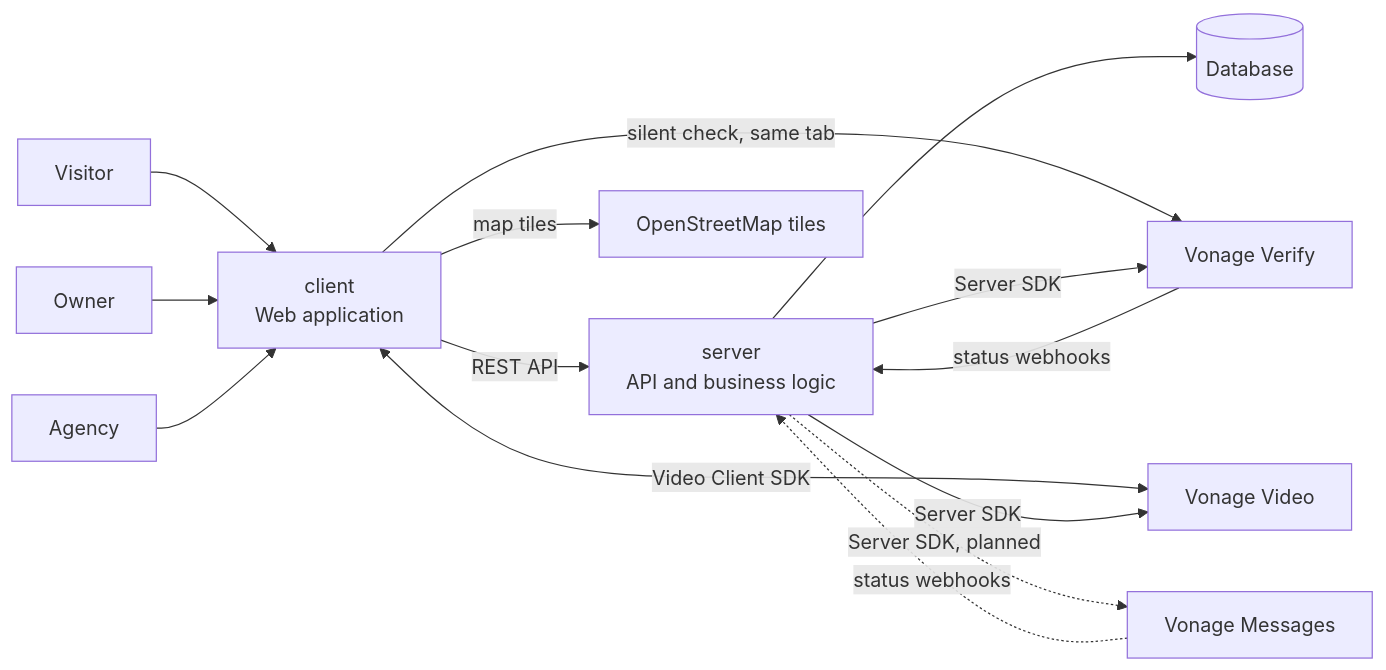
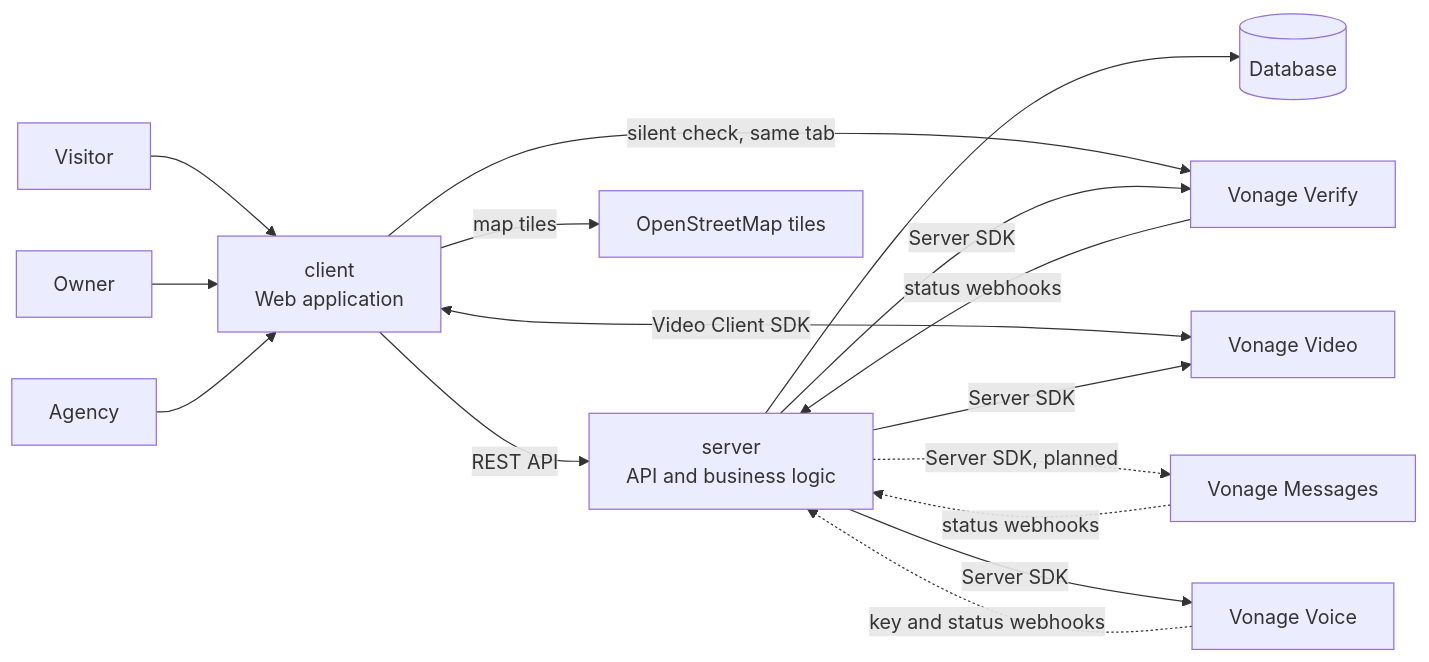
One commit to femCodersClub-vonage-program/secure-property-viewing changed the first of 2 diagrams in docs/architecture/README.md. Above: the diagram before and after it, drawn with Mermaid. The commit also changed other lines of this file and 50 other files, not shown here.

````diff
--- a/docs/architecture/README.md
+++ b/docs/architecture/README.md
@@ -7,16 +7,18 @@
 ```mermaid
 flowchart LR
   V[Visitor] --> C
   P[Owner] --> C
   A[Agency] --> C
   C["client<br/>Web application"] -->|REST API| S["server<br/>API and business logic"]
   C <-->|Video Client SDK| VV[Vonage Video]
   C -->|silent check, same tab| VY
   C -->|map tiles| OSM[OpenStreetMap tiles]
   S --> DB[(Database)]
   S -->|Server SDK| VY[Vonage Verify]
   S -->|Server SDK| VV
   S -.->|Server SDK, planned| VM[Vonage Messages]
   VM -. status webhooks .-> S
   VY -->|status webhooks| S
+  S -->|Server SDK| VC[Vonage Voice]
+  VC -. key and status webhooks .-> S
 ```
````
